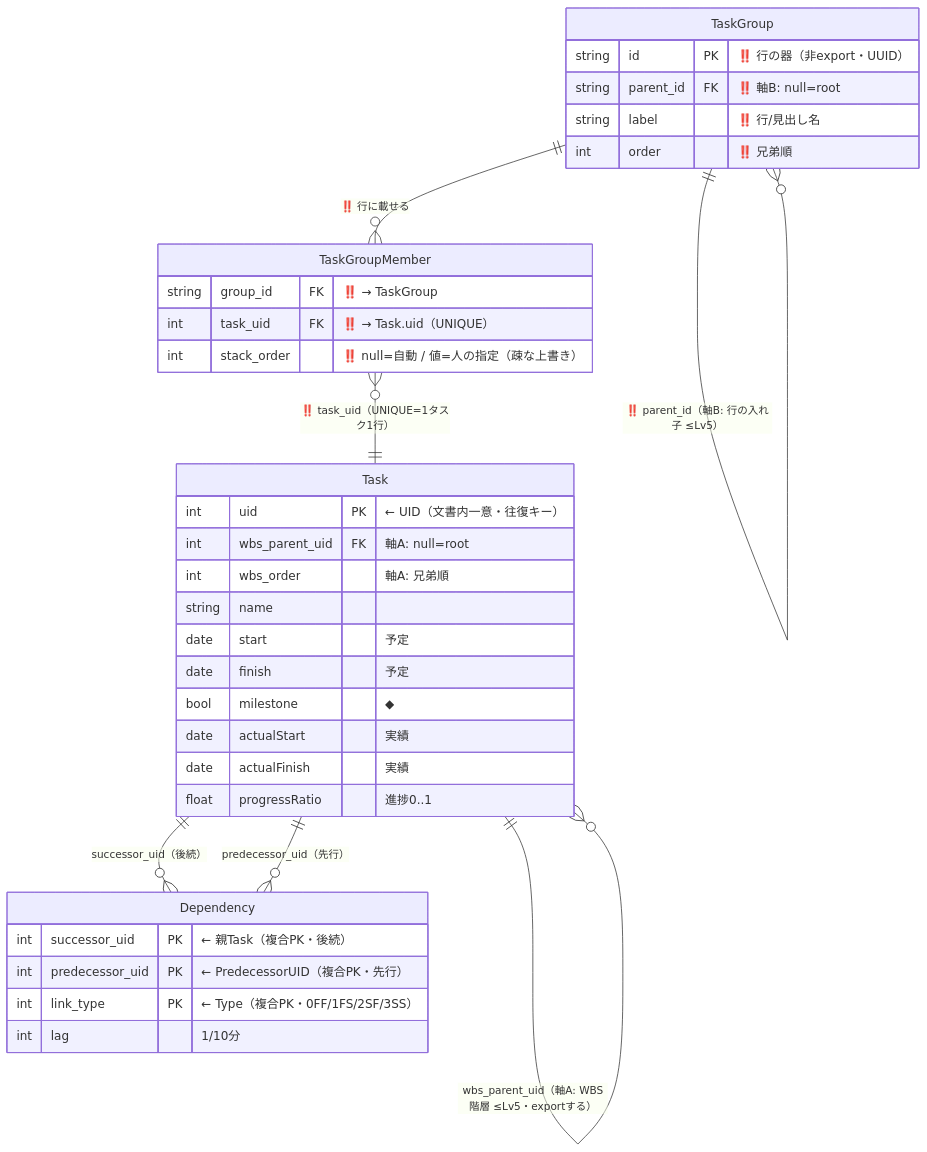
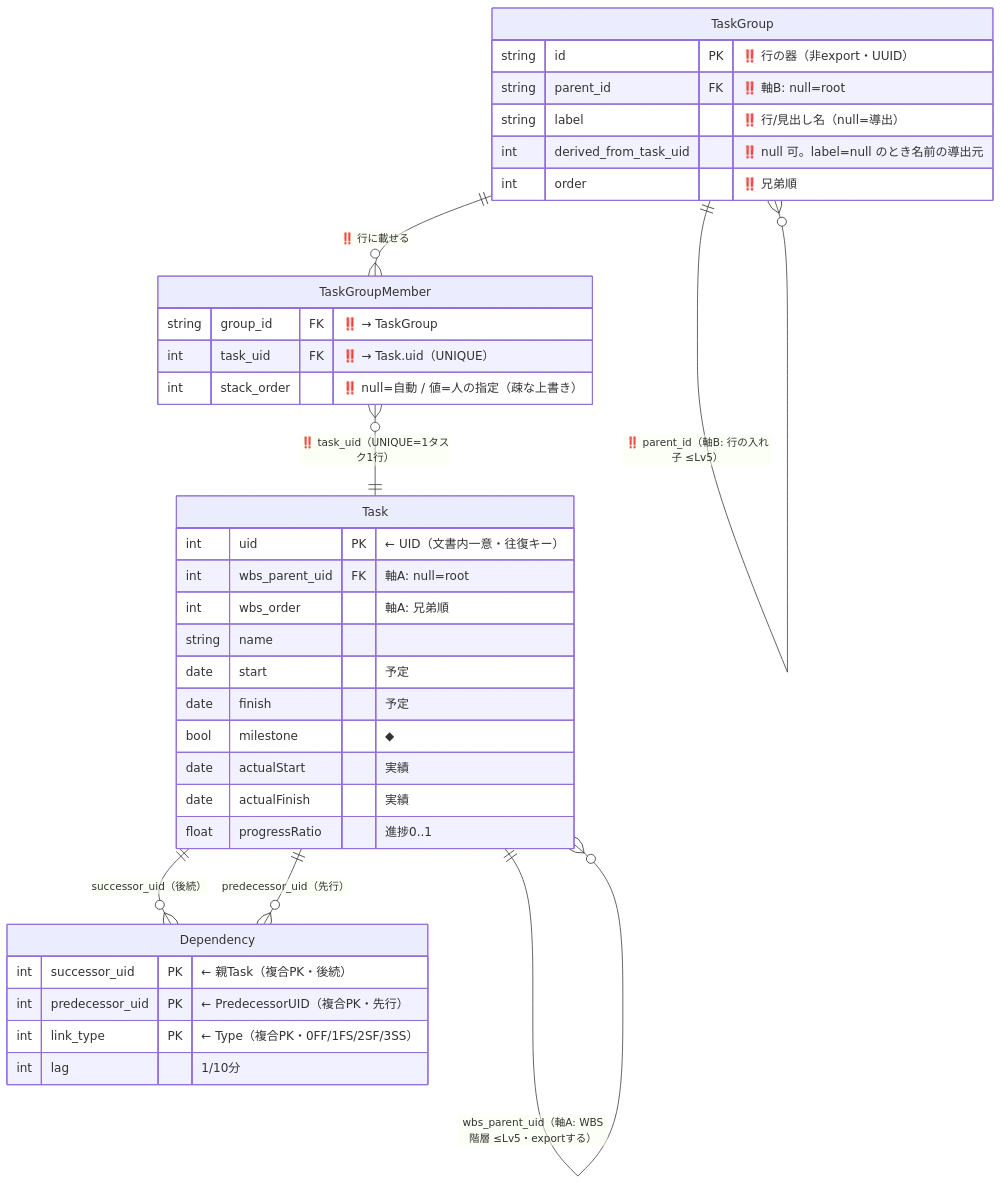
The first of 2 diagrams in handover/02-data-model/grs-native-erd-ja.md (GoodRelax/gr-scheduler), drawn with Mermaid before and after one commit. The commit also changed other lines of this file and 4 other files, not shown here.

````diff
--- a/handover/02-data-model/grs-native-erd-ja.md
+++ b/handover/02-data-model/grs-native-erd-ja.md
@@ -125,39 +125,40 @@
 ```mermaid
 erDiagram
     Task ||--o{ Task : "wbs_parent_uid（軸A: WBS階層 ≤Lv5・exportする）"
     TaskGroup ||--o{ TaskGroup : "‼️ parent_id（軸B: 行の入れ子 ≤Lv5）"
     TaskGroup ||--o{ TaskGroupMember : "‼️ 行に載せる"
     TaskGroupMember }o--|| Task : "‼️ task_uid（UNIQUE=1タスク1行）"
     Task ||--o{ Dependency : "successor_uid（後続）"
     Task ||--o{ Dependency : "predecessor_uid（先行）"
 
     Task {
         int uid PK "← UID（文書内一意・往復キー）"
         int wbs_parent_uid FK "軸A: null=root"
         int wbs_order "軸A: 兄弟順"
         string name
         date start "予定"
         date finish "予定"
         bool milestone "◆"
         date actualStart "実績"
         date actualFinish "実績"
         float progressRatio "進捗0..1"
     }
     TaskGroup {
         string id PK "‼️ 行の器（非export・UUID）"
         string parent_id FK "‼️ 軸B: null=root"
-        string label "‼️ 行/見出し名"
+        string label "‼️ 行/見出し名（null=導出）"
+        int derived_from_task_uid "‼️ null 可。label=null のとき名前の導出元"
         int order "‼️ 兄弟順"
     }
     TaskGroupMember {
         string group_id FK "‼️ → TaskGroup"
         int task_uid FK "‼️ → Task.uid（UNIQUE）"
         int stack_order "‼️ null=自動 / 値=人の指定（疎な上書き）"
     }
     Dependency {
         int successor_uid PK "← 親Task（複合PK・後続）"
         int predecessor_uid PK "← PredecessorUID（複合PK・先行）"
         int link_type PK "← Type（複合PK・0FF/1FS/2SF/3SS）"
         int lag "1/10分"
     }
 ```
````
